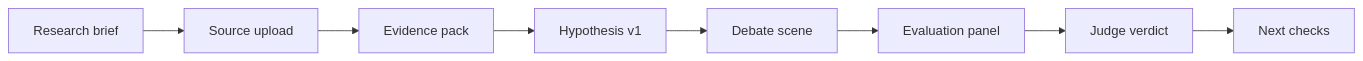
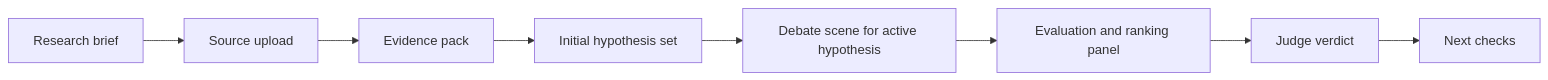
One commit to KroJIak/hypothesis-court changed the diagram in docs/product/02-User-Flow.md. Above: the diagram before and after it, drawn with Mermaid. The commit also changed other lines of this file and 29 other files, not shown here.

````diff
--- a/docs/product/02-User-Flow.md
+++ b/docs/product/02-User-Flow.md
@@ -23,10 +23,10 @@
 ```mermaid
 flowchart LR
     A[Research brief] --> B[Source upload]
     B --> C[Evidence pack]
-    C --> D[Hypothesis v1]
-    D --> E[Debate scene]
-    E --> F[Evaluation panel]
+    C --> D[Initial hypothesis set]
+    D --> E[Debate scene for active hypothesis]
+    E --> F[Evaluation and ranking panel]
     F --> G[Judge verdict]
     G --> H[Next checks]
 ```
````
